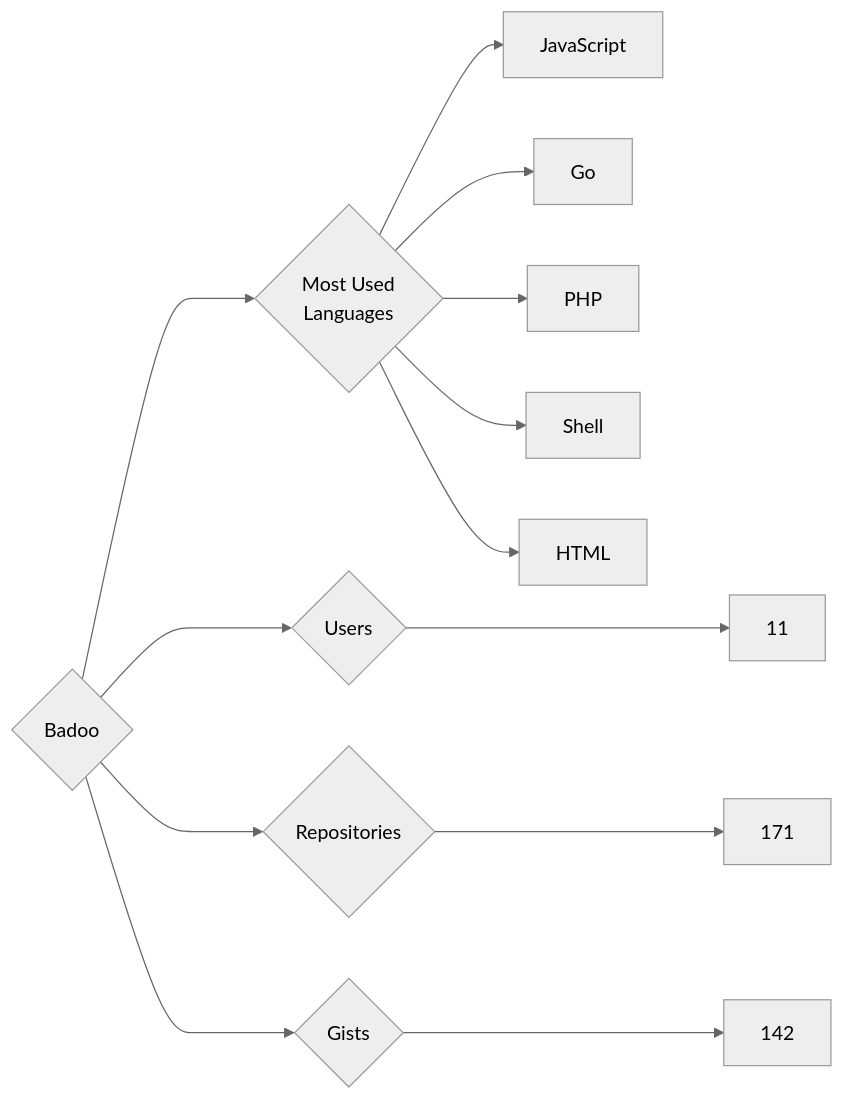
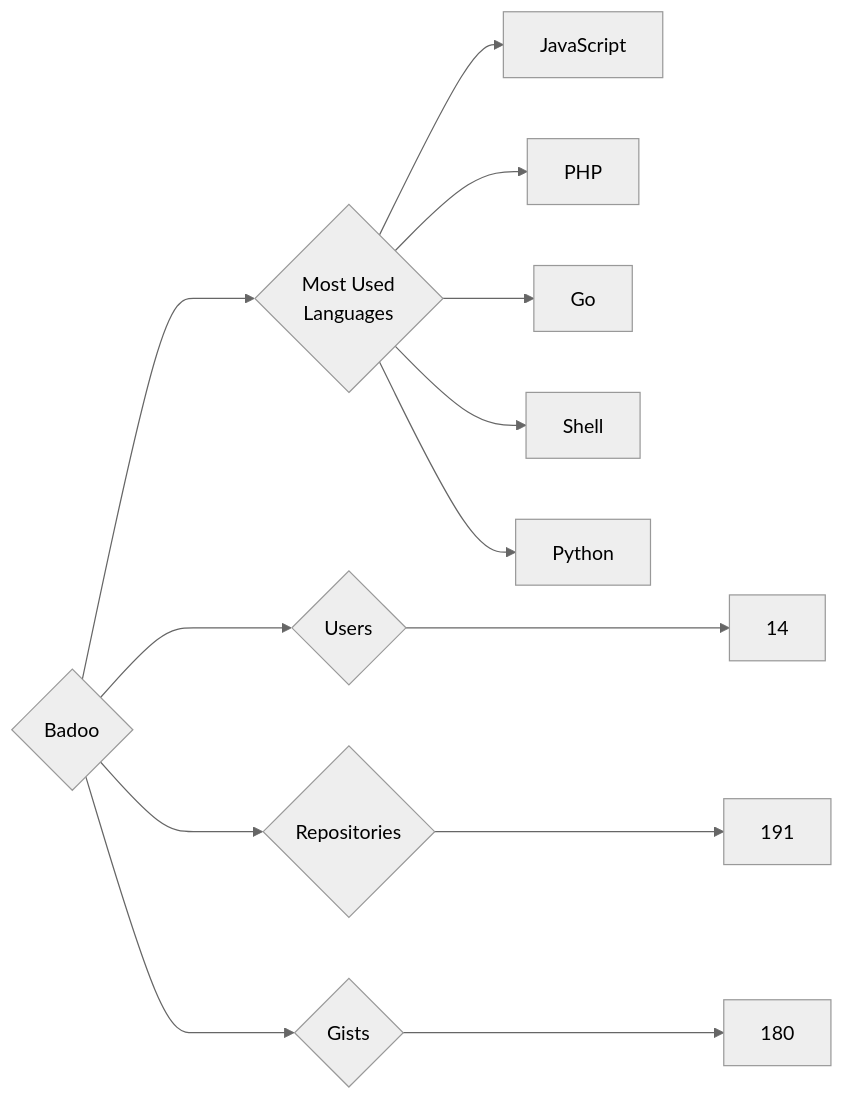
Before and after one commit to trickest/insiders: the diagram in targets/Badoo/README.md, drawn with Mermaid (neutral theme). The commit also changed 777 other files, not shown here.

````diff
--- a/targets/Badoo/README.md
+++ b/targets/Badoo/README.md
@@ -3,13 +3,13 @@
 ```mermaid
 graph LR
 COMPANY_NAME{Badoo}
-COMPANY_NAME ---> U{Users} ---> UN[11]
-COMPANY_NAME ---> R{Repositories} ---> RN[171]
-COMPANY_NAME ---> G{Gists} ---> GN[142]
+COMPANY_NAME ---> U{Users} ---> UN[14]
+COMPANY_NAME ---> R{Repositories} ---> RN[191]
+COMPANY_NAME ---> G{Gists} ---> GN[180]
 COMPANY_NAME ---> ML{Most Used<br>Languages}
 ML --> JavaScript[JavaScript]
+ML --> PHP[PHP]
 ML --> Go[Go]
-ML --> PHP[PHP]
 ML --> Shell[Shell]
-ML --> HTML[HTML]
+ML --> Python[Python]
 ```
````
